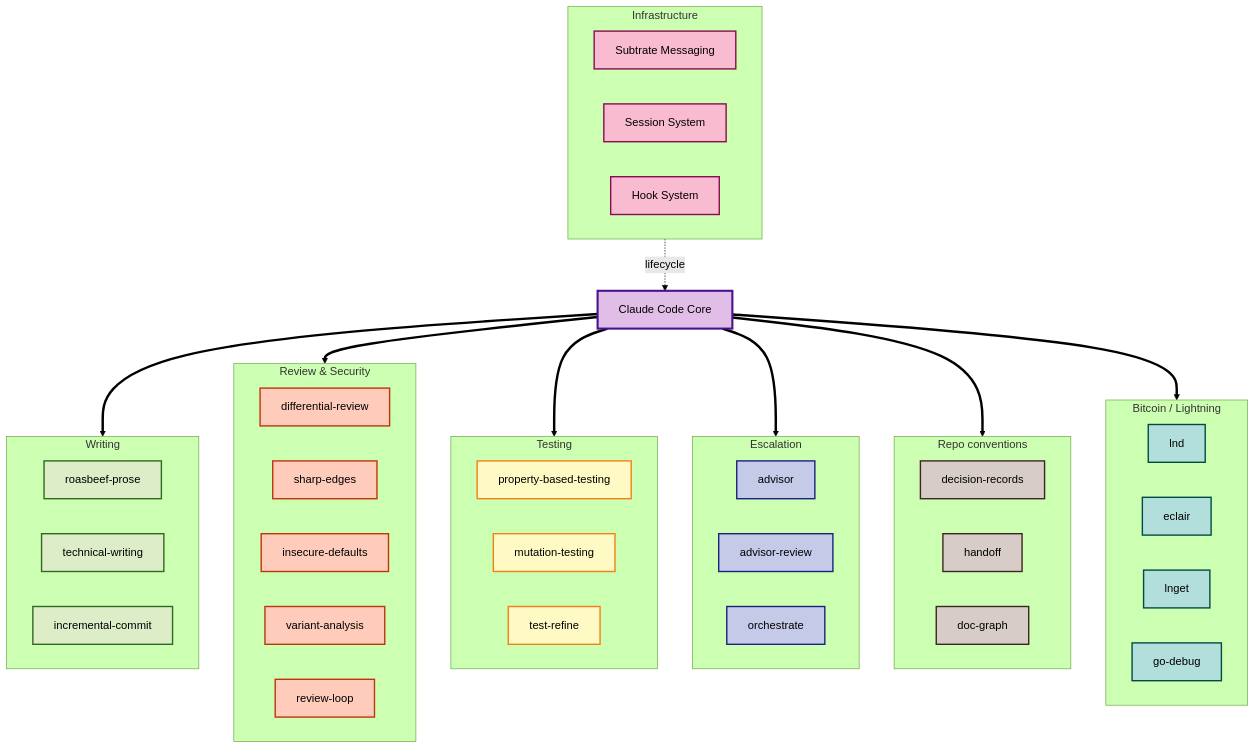
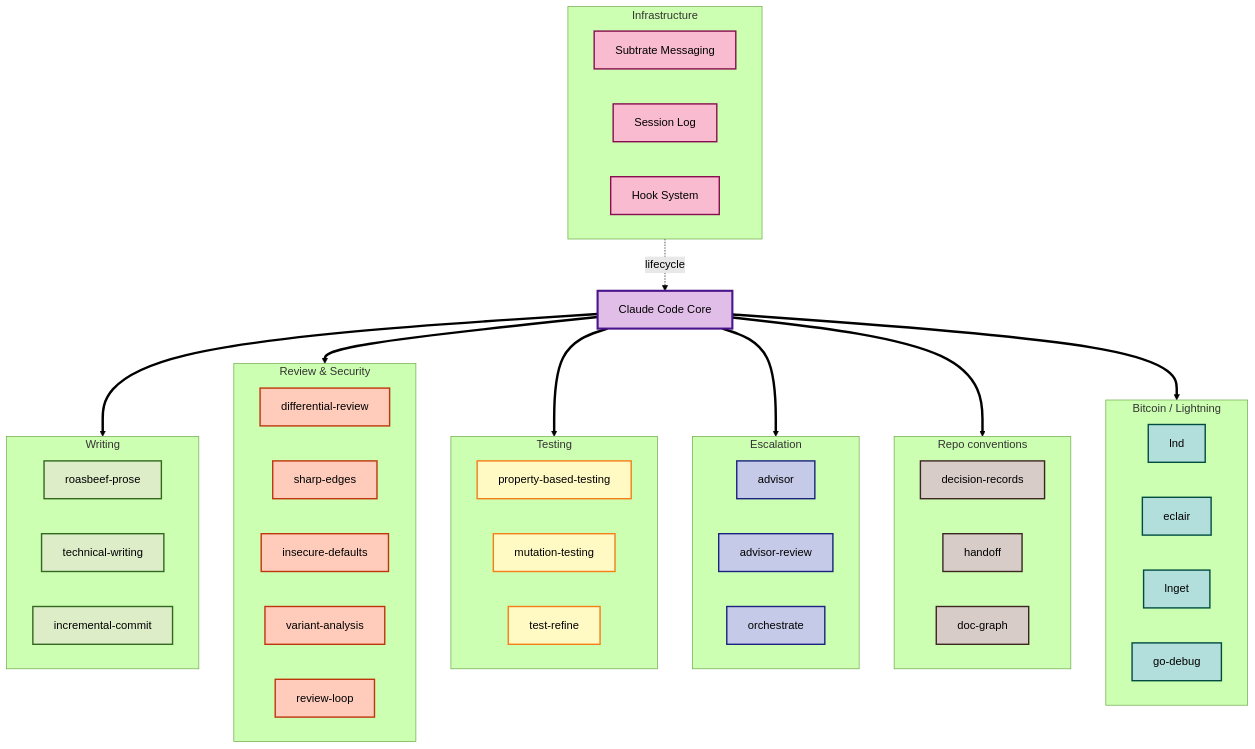
One commit to Roasbeef/beefstack changed the diagram in README.md. Above: the diagram before and after it, drawn with Mermaid (forest theme). The commit also changed other lines of this file and 16 other files, not shown here.

First line of the commit message:
sessions: replace the session-* commands with session-log

````diff
--- a/README.md
+++ b/README.md
@@ -97,82 +98,82 @@
 ```mermaid
 graph TB
     Main[Claude Code Core]
 
     subgraph Writing["Writing"]
         direction LR
         W1[roasbeef-prose]
         W2[technical-writing]
         W3[incremental-commit]
     end
 
     subgraph Review["Review &amp; Security"]
         direction LR
         R1[differential-review]
         R2[sharp-edges]
         R3[insecure-defaults]
         R4[variant-analysis]
         R5[review-loop]
     end
 
     subgraph Testing["Testing"]
         direction LR
         T1[property-based-testing]
         T2[mutation-testing]
         T3[test-refine]
     end
 
     subgraph Escalation["Escalation"]
         direction LR
         E1[advisor]
         E2[advisor-review]
         E3[orchestrate]
     end
 
     subgraph Conventions["Repo conventions"]
         direction LR
         C1[decision-records]
         C2[handoff]
         C3[doc-graph]
     end
 
     subgraph Domain["Bitcoin / Lightning"]
         direction LR
         D1[lnd]
         D2[eclair]
         D3[lnget]
         D4[go-debug]
     end
 
     subgraph Infra["Infrastructure"]
         direction LR
         Sub[Subtrate Messaging]
-        Ses[Session System]
+        Ses[Session Log]
         Hooks[Hook System]
     end
 
     Main ==> Writing
     Main ==> Review
     Main ==> Testing
     Main ==> Escalation
     Main ==> Conventions
     Main ==> Domain
     Infra -.->|lifecycle| Main
 
     classDef core fill:#e1bee7,stroke:#4a148c,stroke-width:3px,color:#000
     classDef writing fill:#dcedc8,stroke:#33691e,stroke-width:2px,color:#000
     classDef review fill:#ffccbc,stroke:#bf360c,stroke-width:2px,color:#000
     classDef testing fill:#fff9c4,stroke:#f57f17,stroke-width:2px,color:#000
     classDef escalation fill:#c5cae9,stroke:#1a237e,stroke-width:2px,color:#000
     classDef conventions fill:#d7ccc8,stroke:#3e2723,stroke-width:2px,color:#000
     classDef domain fill:#b2dfdb,stroke:#004d40,stroke-width:2px,color:#000
     classDef infra fill:#f8bbd0,stroke:#880e4f,stroke-width:2px,color:#000
 
     class Main core
     class W1,W2,W3 writing
     class R1,R2,R3,R4,R5 review
     class T1,T2,T3 testing
     class E1,E2,E3 escalation
     class C1,C2,C3 conventions
     class D1,D2,D3,D4 domain
     class Sub,Ses,Hooks infra
 ```
````
